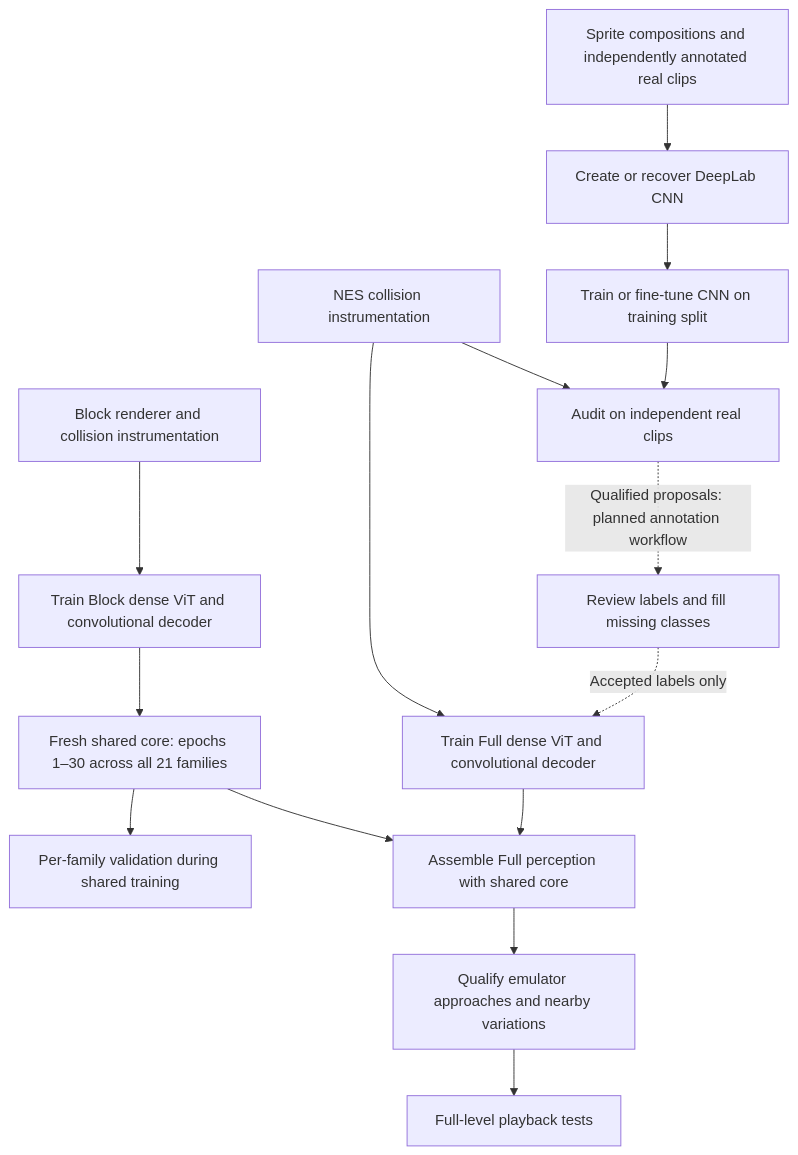
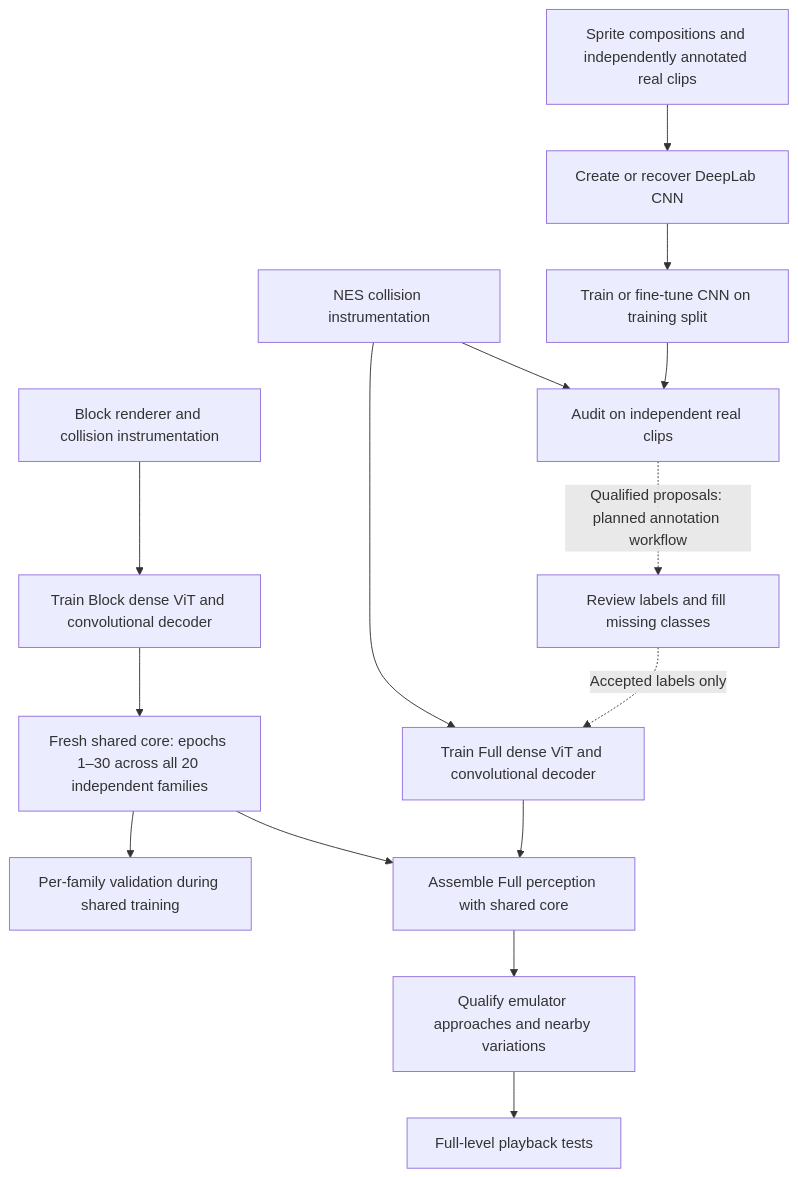
One commit to salsicha/RetroAGI changed the first of 2 diagrams in docs/smb-segmentation-curriculum.md. Above: the diagram before and after it, drawn with Mermaid. The commit also changed other lines of this file and 21 other files, not shown here.

````diff
--- a/docs/smb-segmentation-curriculum.md
+++ b/docs/smb-segmentation-curriculum.md
@@ -20,17 +20,17 @@
 ```mermaid
 flowchart TD
     Assets[Sprite compositions and independently annotated real clips] --> Create[Create or recover DeepLab CNN]
     Create --> Fit[Train or fine-tune CNN on training split]
     Fit --> Audit[Audit on independent real clips]
     NES[NES collision instrumentation] --> Audit
     Audit -. Qualified proposals: planned annotation workflow .-> Review[Review labels and fill missing classes]
     Review -. Accepted labels only .-> FV[Train Full dense ViT and convolutional decoder]
     NES --> FV
     Block[Block renderer and collision instrumentation] --> BV[Train Block dense ViT and convolutional decoder]
-    BV --> Core[Fresh shared core: epochs 1–30 across all 21 families]
+    BV --> Core[Fresh shared core: epochs 1–30 across all 20 independent families]
     Core --> Metrics[Per-family validation during shared training]
     FV --> Assemble[Assemble Full perception with shared core]
     Core --> Assemble
     Assemble --> Local[Qualify emulator approaches and nearby variations]
     Local --> Level[Full-level playback tests]
 ```
````
